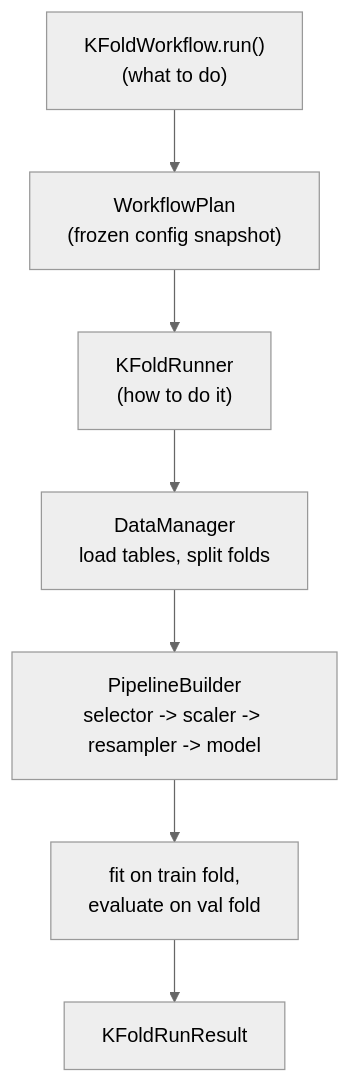
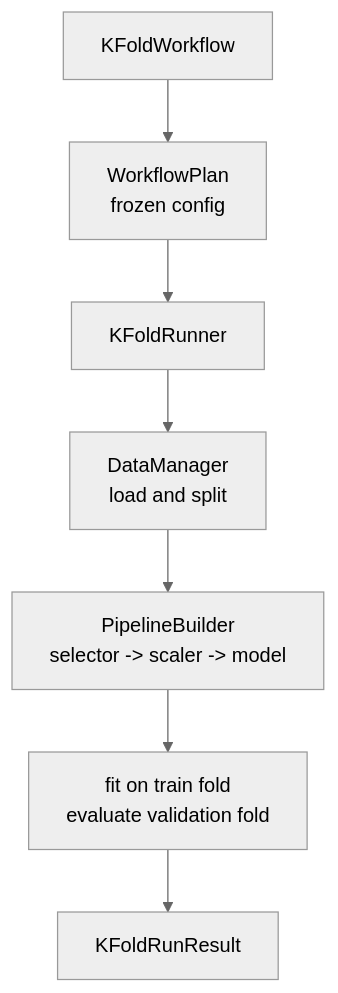
The second of 2 diagrams in docs/source/development/request_lifecycle.rst (lichao312214129/HABIT), drawn with Mermaid (neutral theme) before and after one commit. The commit also changed other lines of this file and 12 other files, not shown here.

```diff
--- a/docs/source/development/request_lifecycle.rst
+++ b/docs/source/development/request_lifecycle.rst
@@ -124,9 +90,9 @@
 .. mermaid::
 
    flowchart TD
-     WF["KFoldWorkflow.run()<br/>(what to do)"] --> PLAN["WorkflowPlan<br/>(frozen config snapshot)"]
-     PLAN --> RUN["KFoldRunner<br/>(how to do it)"]
-     RUN --> DM["DataManager<br/>load tables, split folds"]
-     DM --> PB["PipelineBuilder<br/>selector -> scaler -> resampler -> model"]
-     PB --> FIT["fit on train fold,<br/>evaluate on val fold"]
+     WF["KFoldWorkflow"] --> PLAN["WorkflowPlan<br/>frozen config"]
+     PLAN --> RUN["KFoldRunner"]
+     RUN --> DM["DataManager<br/>load and split"]
+     DM --> PB["PipelineBuilder<br/>selector -> scaler -> model"]
+     PB --> FIT["fit on train fold<br/>evaluate validation fold"]
      FIT --> RES["KFoldRunResult"]
```
